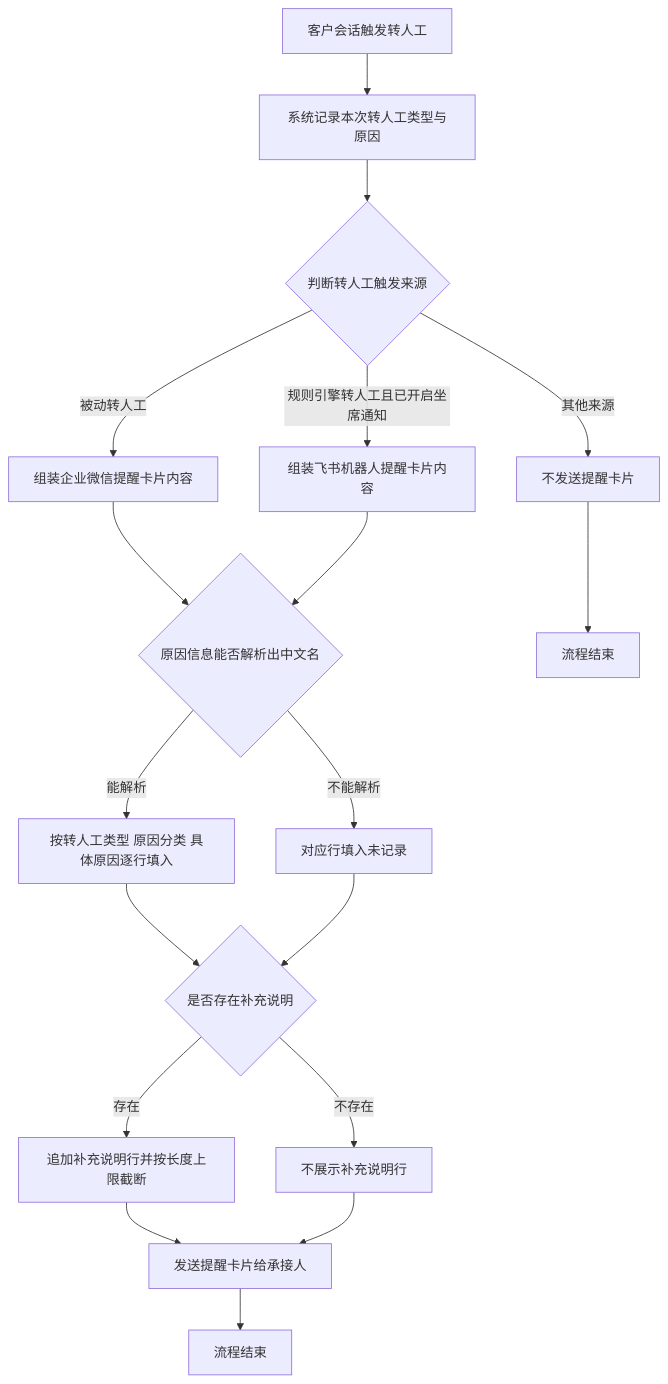
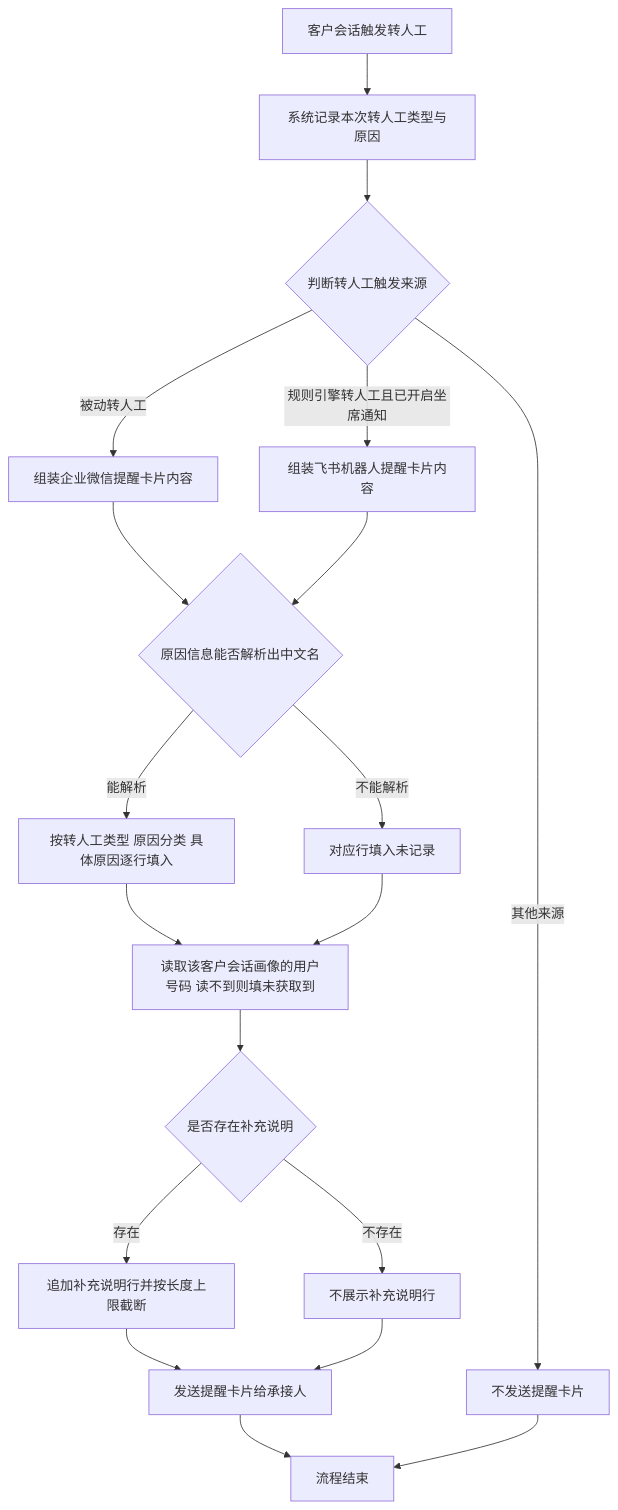
The first of 2 diagrams in 转人工提醒卡片增加原因细分提示/PRD-转人工提醒卡片增加原因细分提示.md (Leo-ai05/prototypes), drawn with Mermaid before and after one commit. The commit also changed other lines of this file and 22 other files, not shown here.

````diff
--- a/转人工提醒卡片增加原因细分提示/PRD-转人工提醒卡片增加原因细分提示.md
+++ b/转人工提醒卡片增加原因细分提示/PRD-转人工提醒卡片增加原因细分提示.md
@@ -56,20 +60,21 @@
 ```mermaid
 flowchart TD
     A[客户会话触发转人工] --> B[系统记录本次转人工类型与原因]
     B --> C{判断转人工触发来源}
     C -->|被动转人工| D[组装企业微信提醒卡片内容]
     C -->|规则引擎转人工且已开启坐席通知| E[组装飞书机器人提醒卡片内容]
     C -->|其他来源| F1[不发送提醒卡片]
     D --> G{原因信息能否解析出中文名}
     E --> G
     G -->|能解析| H[按转人工类型 原因分类 具体原因逐行填入]
     G -->|不能解析| I[对应行填入未记录]
-    H --> J{是否存在补充说明}
-    I --> J
+    H --> N[读取该客户会话画像的用户号码 读不到则填未获取到]
+    I --> N
+    N --> J{是否存在补充说明}
     J -->|存在| K[追加补充说明行并按长度上限截断]
     J -->|不存在| L[不展示补充说明行]
     K --> M[发送提醒卡片给承接人]
     L --> M
     M --> F2[流程结束]
-    F1 --> F3[流程结束]
+    F1 --> F2
 ```
````
